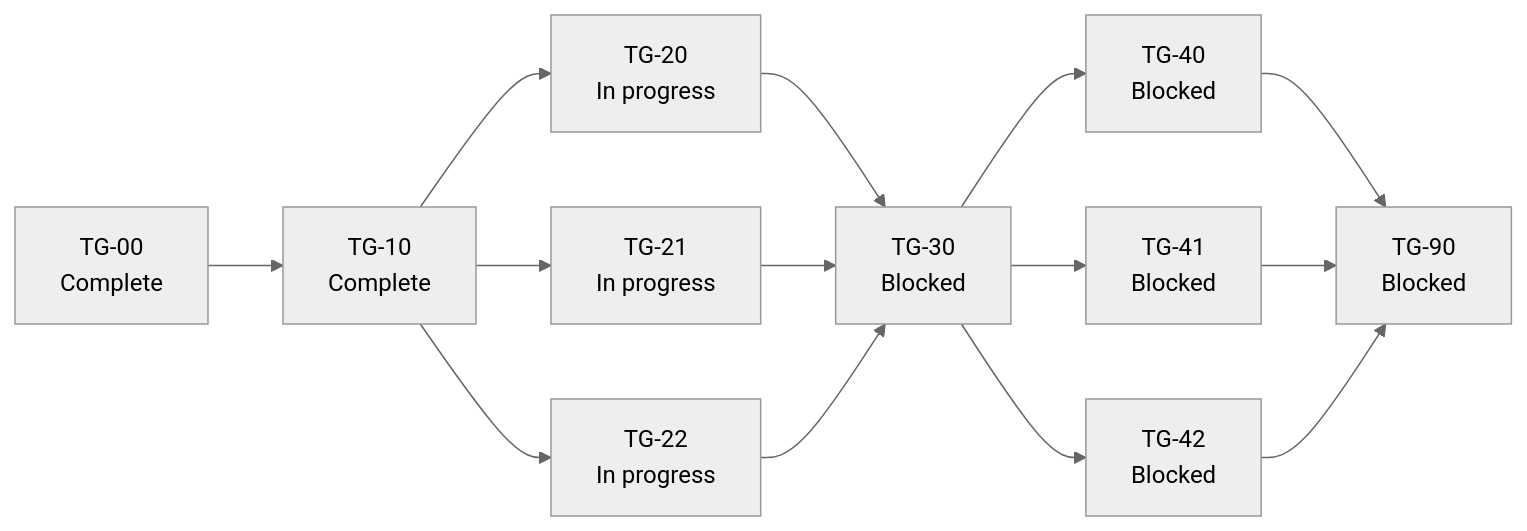
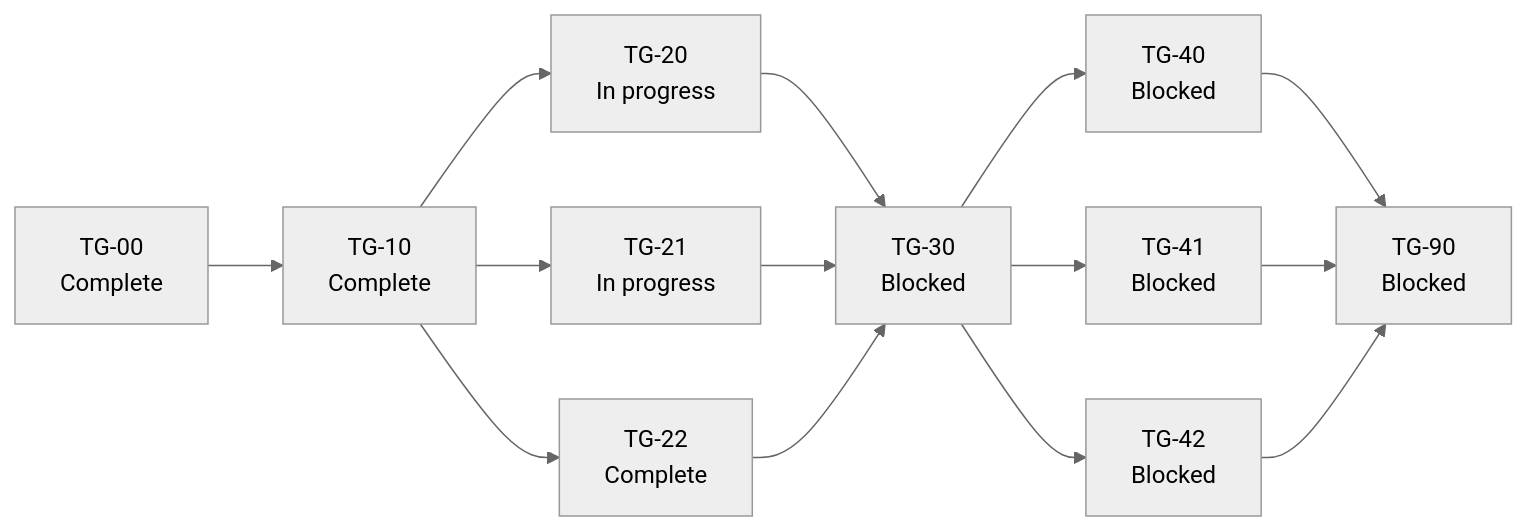
Before and after one commit to vatsalsaglani/rafu: the diagram in docs/plans/phases/terminal-groups/manifest.md, drawn with Mermaid (neutral theme). The commit also changed other lines of this file, not shown here.

````diff
--- a/docs/plans/phases/terminal-groups/manifest.md
+++ b/docs/plans/phases/terminal-groups/manifest.md
@@ -9,27 +9,27 @@
 ```mermaid
 flowchart LR
     D["TG-00<br/>Complete"]
     C["TG-10<br/>Complete"]
     R["TG-20<br/>In progress"]
     V["TG-21<br/>In progress"]
-    S["TG-22<br/>In progress"]
+    S["TG-22<br/>Complete"]
     W["TG-30<br/>Blocked"]
     M["TG-40<br/>Blocked"]
     K["TG-41<br/>Blocked"]
     A["TG-42<br/>Blocked"]
     Q["TG-90<br/>Blocked"]
 
     D --> C
     C --> R
     C --> V
     C --> S
     R --> W
     V --> W
     S --> W
     W --> M
     W --> K
     W --> A
     M --> Q
     K --> Q
     A --> Q
 ```
````
